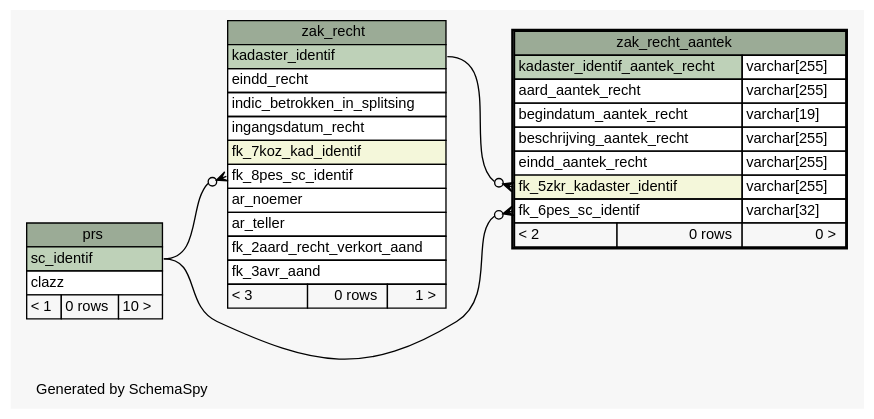
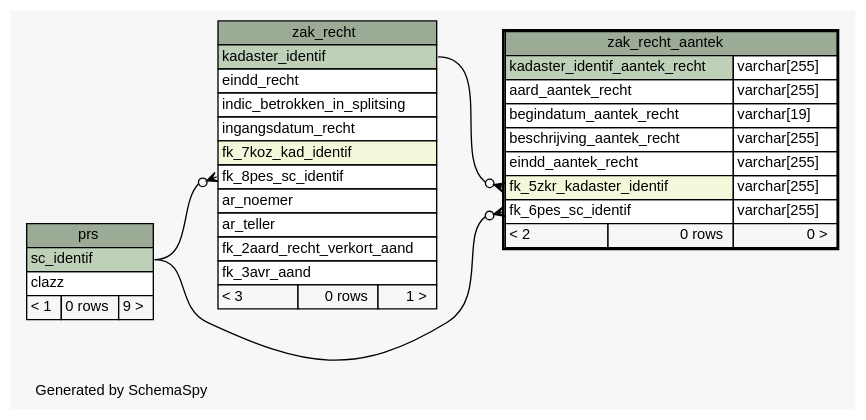
Before and after one commit to B3Partners/brmo: the diagram in datamodel/schemaspy/diagrams/zak_recht_aantek.1degree.dot, drawn with Graphviz. The commit also changed 3409 other files, not shown here.

```diff
--- a/datamodel/schemaspy/diagrams/zak_recht_aantek.1degree.dot
+++ b/datamodel/schemaspy/diagrams/zak_recht_aantek.1degree.dot
@@ -1,71 +1,71 @@
 // dot 2.40.1 on Linux 4.15.0-36-generic
 // SchemaSpy rev Unknown
 digraph "oneDegreeRelationshipsDiagram" {
   graph [
     rankdir="RL"
     bgcolor="#f7f7f7"
     label="\nGenerated by SchemaSpy"
     labeljust="l"
     nodesep="0.18"
     ranksep="0.46"
     fontname="Helvetica"
     fontsize="11"
   ];
   node [
     fontname="Helvetica"
     fontsize="11"
     shape="plaintext"
   ];
   edge [
     arrowsize="0.8"
   ];
   "zak_recht":"fk_8pes_sc_identif":w -> "prs":"sc_identif":e [arrowhead=none dir=back arrowtail=crowodot];
   "zak_recht_aantek":"fk_5zkr_kadaster_identif":w -> "zak_recht":"kadaster_identif":e [arrowhead=none dir=back arrowtail=crowodot];
   "zak_recht_aantek":"fk_6pes_sc_identif":w -> "prs":"sc_identif":e [arrowhead=none dir=back arrowtail=crowodot];
   "prs" [
     label=<
     <TABLE BORDER="0" CELLBORDER="1" CELLSPACING="0" BGCOLOR="#ffffff">
       <TR><TD COLSPAN="3" BGCOLOR="#9bab96" ALIGN="CENTER">prs</TD></TR>
       <TR><TD PORT="sc_identif" COLSPAN="3" BGCOLOR="#bed1b8" ALIGN="LEFT">sc_identif</TD></TR>
       <TR><TD PORT="clazz" COLSPAN="3" ALIGN="LEFT">clazz</TD></TR>
-      <TR><TD ALIGN="LEFT" BGCOLOR="#f7f7f7">&lt; 1</TD><TD ALIGN="RIGHT" BGCOLOR="#f7f7f7">0 rows</TD><TD ALIGN="RIGHT" BGCOLOR="#f7f7f7">10 &gt;</TD></TR>
+      <TR><TD ALIGN="LEFT" BGCOLOR="#f7f7f7">&lt; 1</TD><TD ALIGN="RIGHT" BGCOLOR="#f7f7f7">0 rows</TD><TD ALIGN="RIGHT" BGCOLOR="#f7f7f7">9 &gt;</TD></TR>
     </TABLE>>
     URL="prs.html"
     tooltip="prs"
   ];
   "zak_recht" [
     label=<
     <TABLE BORDER="0" CELLBORDER="1" CELLSPACING="0" BGCOLOR="#ffffff">
       <TR><TD COLSPAN="3" BGCOLOR="#9bab96" ALIGN="CENTER">zak_recht</TD></TR>
       <TR><TD PORT="kadaster_identif" COLSPAN="3" BGCOLOR="#bed1b8" ALIGN="LEFT">kadaster_identif</TD></TR>
       <TR><TD PORT="eindd_recht" COLSPAN="3" ALIGN="LEFT">eindd_recht</TD></TR>
       <TR><TD PORT="indic_betrokken_in_splitsing" COLSPAN="3" ALIGN="LEFT">indic_betrokken_in_splitsing</TD></TR>
       <TR><TD PORT="ingangsdatum_recht" COLSPAN="3" ALIGN="LEFT">ingangsdatum_recht</TD></TR>
       <TR><TD PORT="fk_7koz_kad_identif" COLSPAN="3" BGCOLOR="#f4f7da" ALIGN="LEFT">fk_7koz_kad_identif</TD></TR>
       <TR><TD PORT="fk_8pes_sc_identif" COLSPAN="3" ALIGN="LEFT">fk_8pes_sc_identif</TD></TR>
       <TR><TD PORT="ar_noemer" COLSPAN="3" ALIGN="LEFT">ar_noemer</TD></TR>
       <TR><TD PORT="ar_teller" COLSPAN="3" ALIGN="LEFT">ar_teller</TD></TR>
       <TR><TD PORT="fk_2aard_recht_verkort_aand" COLSPAN="3" ALIGN="LEFT">fk_2aard_recht_verkort_aand</TD></TR>
       <TR><TD PORT="fk_3avr_aand" COLSPAN="3" ALIGN="LEFT">fk_3avr_aand</TD></TR>
       <TR><TD ALIGN="LEFT" BGCOLOR="#f7f7f7">&lt; 3</TD><TD ALIGN="RIGHT" BGCOLOR="#f7f7f7">0 rows</TD><TD ALIGN="RIGHT" BGCOLOR="#f7f7f7">1 &gt;</TD></TR>
     </TABLE>>
     URL="zak_recht.html"
     tooltip="zak_recht"
   ];
   "zak_recht_aantek" [
     label=<
     <TABLE BORDER="2" CELLBORDER="1" CELLSPACING="0" BGCOLOR="#ffffff">
       <TR><TD COLSPAN="3" BGCOLOR="#9bab96" ALIGN="CENTER">zak_recht_aantek</TD></TR>
       <TR><TD PORT="kadaster_identif_aantek_recht" COLSPAN="2" BGCOLOR="#bed1b8" ALIGN="LEFT">kadaster_identif_aantek_recht</TD><TD PORT="kadaster_identif_aantek_recht.type" ALIGN="LEFT">varchar[255]</TD></TR>
       <TR><TD PORT="aard_aantek_recht" COLSPAN="2" ALIGN="LEFT">aard_aantek_recht</TD><TD PORT="aard_aantek_recht.type" ALIGN="LEFT">varchar[255]</TD></TR>
       <TR><TD PORT="begindatum_aantek_recht" COLSPAN="2" ALIGN="LEFT">begindatum_aantek_recht</TD><TD PORT="begindatum_aantek_recht.type" ALIGN="LEFT">varchar[19]</TD></TR>
       <TR><TD PORT="beschrijving_aantek_recht" COLSPAN="2" ALIGN="LEFT">beschrijving_aantek_recht</TD><TD PORT="beschrijving_aantek_recht.type" ALIGN="LEFT">varchar[255]</TD></TR>
       <TR><TD PORT="eindd_aantek_recht" COLSPAN="2" ALIGN="LEFT">eindd_aantek_recht</TD><TD PORT="eindd_aantek_recht.type" ALIGN="LEFT">varchar[255]</TD></TR>
       <TR><TD PORT="fk_5zkr_kadaster_identif" COLSPAN="2" BGCOLOR="#f4f7da" ALIGN="LEFT">fk_5zkr_kadaster_identif</TD><TD PORT="fk_5zkr_kadaster_identif.type" ALIGN="LEFT">varchar[255]</TD></TR>
-      <TR><TD PORT="fk_6pes_sc_identif" COLSPAN="2" ALIGN="LEFT">fk_6pes_sc_identif</TD><TD PORT="fk_6pes_sc_identif.type" ALIGN="LEFT">varchar[32]</TD></TR>
+      <TR><TD PORT="fk_6pes_sc_identif" COLSPAN="2" ALIGN="LEFT">fk_6pes_sc_identif</TD><TD PORT="fk_6pes_sc_identif.type" ALIGN="LEFT">varchar[255]</TD></TR>
       <TR><TD ALIGN="LEFT" BGCOLOR="#f7f7f7">&lt; 2</TD><TD ALIGN="RIGHT" BGCOLOR="#f7f7f7">0 rows</TD><TD ALIGN="RIGHT" BGCOLOR="#f7f7f7">0 &gt;</TD></TR>
     </TABLE>>
     URL="zak_recht_aantek.html"
     tooltip="zak_recht_aantek"
   ];
 }
```
